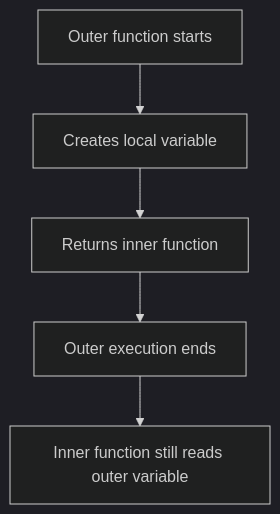
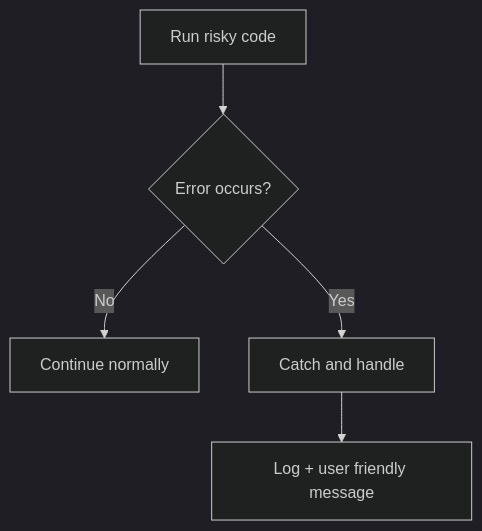
Before and after one commit to AbhishekDhone7/javascript-git-basics: diagram 14 of 16 in JavaScript-Beginners-Guide.md, drawn with Mermaid (dark theme). The commit also changed other lines of this file and 1 other file, not shown here.

````diff
--- a/JavaScript-Beginners-Guide.md
+++ b/JavaScript-Beginners-Guide.md
@@ -992,7 +1028,7 @@
 ```mermaid
 flowchart TD
-A[Outer function starts] --> B[Creates local variable]
-B --> C[Returns inner function]
-C --> D[Outer execution ends]
-D --> E[Inner function still reads outer variable]
+A[Run risky code] --> B{Error occurs?}
+B -- No --> C[Continue normally]
+B -- Yes --> D[Catch and handle]
+D --> E[Log + user friendly message]
 ```
````
